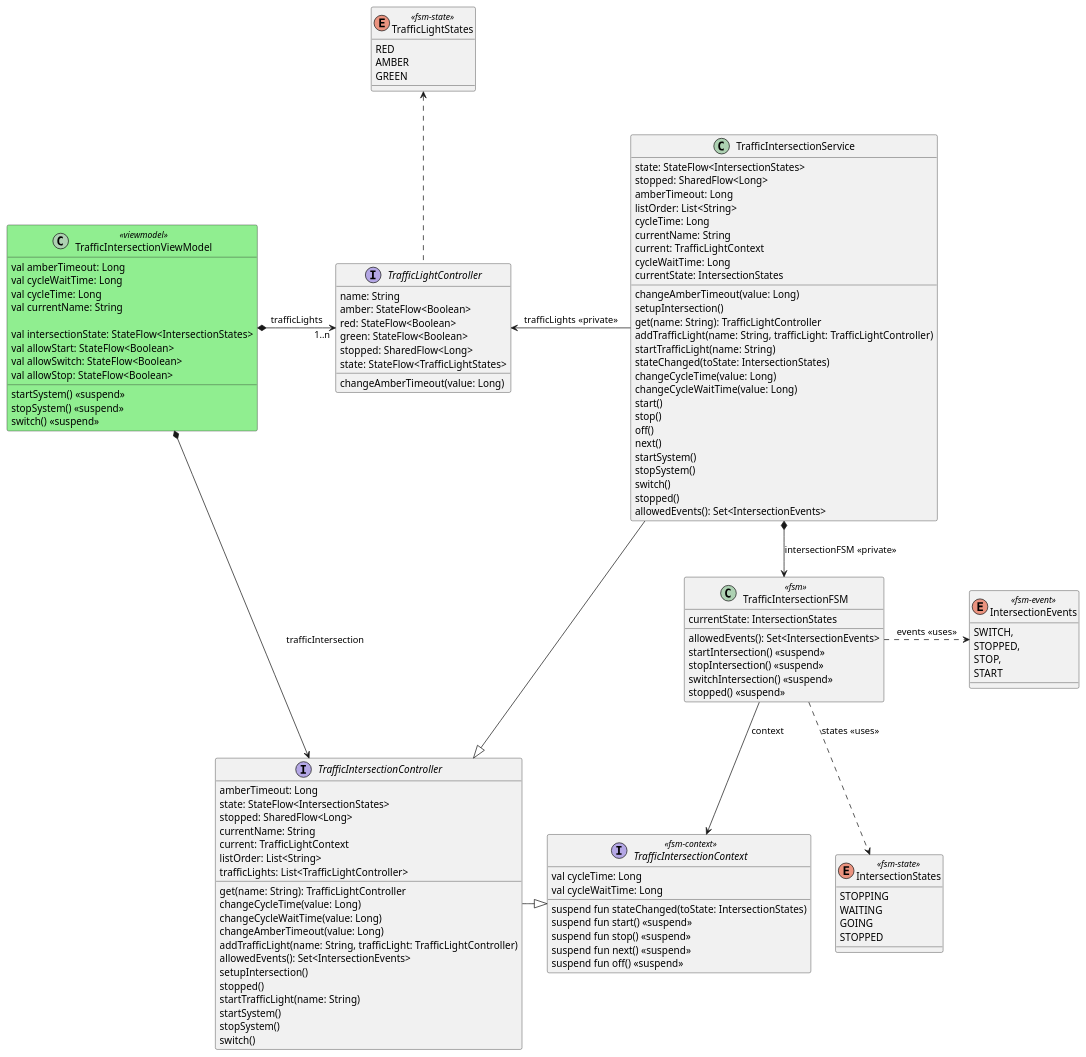
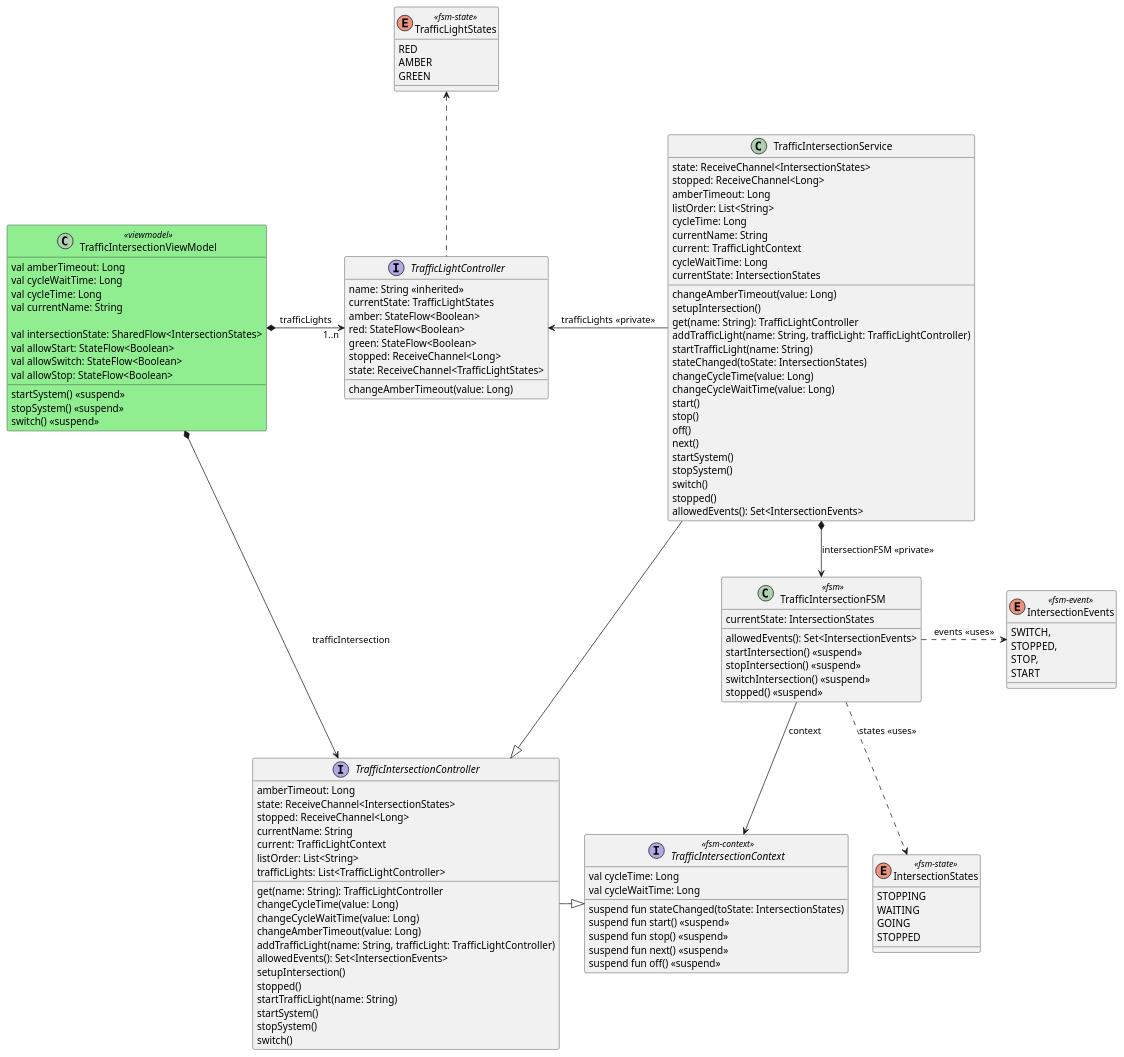
Before and after one commit to open-jumpco/kfsm-mpp-compose-traffic: the diagram in models/traffic-intersection-model.puml, drawn with PlantUML. The commit also changed 4 other files, not shown here.

```diff
--- a/models/traffic-intersection-model.puml
+++ b/models/traffic-intersection-model.puml
@@ -1,134 +1,135 @@
 @startuml
 
 enum TrafficLightStates <<fsm-state>> {
     RED
     AMBER
     GREEN
 }
 
 interface TrafficLightController {
-    name: String
+    name: String <<inherited>>
+    currentState: TrafficLightStates
     amber: StateFlow<Boolean>
     red: StateFlow<Boolean>
     green: StateFlow<Boolean>
-    stopped: SharedFlow<Long>
-    state: StateFlow<TrafficLightStates>
+    stopped: ReceiveChannel<Long>
+    state: ReceiveChannel<TrafficLightStates>
     changeAmberTimeout(value: Long)
 }
 
 TrafficLightController .up.> TrafficLightStates
 
 enum IntersectionStates <<fsm-state>> {
     STOPPING
     WAITING
     GOING
     STOPPED
 }
 
 enum IntersectionEvents <<fsm-event>> {
     SWITCH,
     STOPPED,
     STOP,
     START
 }
 
 interface TrafficIntersectionContext <<fsm-context>> {
     val cycleTime: Long
     val cycleWaitTime: Long
     suspend fun stateChanged(toState: IntersectionStates)
     suspend fun start() <<suspend>>
     suspend fun stop() <<suspend>>
     suspend fun next() <<suspend>>
     suspend fun off() <<suspend>>
 }
 
 class TrafficIntersectionFSM <<fsm>> {
     currentState: IntersectionStates
     allowedEvents(): Set<IntersectionEvents>
     startIntersection() <<suspend>>
     stopIntersection() <<suspend>>
     switchIntersection() <<suspend>>
     stopped() <<suspend>>
 }
 
 TrafficIntersectionFSM --> TrafficIntersectionContext: context
 TrafficIntersectionFSM .right.> IntersectionEvents: events <<uses>>
 TrafficIntersectionFSM ..> IntersectionStates: states <<uses>>
 
 interface TrafficIntersectionController {
     amberTimeout: Long
-    state: StateFlow<IntersectionStates>
-    stopped: SharedFlow<Long>
+    state: ReceiveChannel<IntersectionStates>
+    stopped: ReceiveChannel<Long>
     currentName: String
     current: TrafficLightContext
     listOrder: List<String>
     trafficLights: List<TrafficLightController>
     get(name: String): TrafficLightController
     changeCycleTime(value: Long)
     changeCycleWaitTime(value: Long)
     changeAmberTimeout(value: Long)
     addTrafficLight(name: String, trafficLight: TrafficLightController)
     allowedEvents(): Set<IntersectionEvents>
     setupIntersection()
     stopped()
     startTrafficLight(name: String)
     startSystem()
     stopSystem()
     switch()
 }
 
 TrafficIntersectionController -right-|> TrafficIntersectionContext
 
 class TrafficIntersectionService {
-    state: StateFlow<IntersectionStates>
-    stopped: SharedFlow<Long>
+    state: ReceiveChannel<IntersectionStates>
+    stopped: ReceiveChannel<Long>
     amberTimeout: Long
     changeAmberTimeout(value: Long)
     setupIntersection()
     listOrder: List<String>
     cycleTime: Long
         currentName: String
         current: TrafficLightContext
         cycleWaitTime: Long
         currentState: IntersectionStates
     get(name: String): TrafficLightController
     addTrafficLight(name: String, trafficLight: TrafficLightController)
     startTrafficLight(name: String)
     stateChanged(toState: IntersectionStates)
     changeCycleTime(value: Long)
     changeCycleWaitTime(value: Long)
     start()
     stop()
     off()
     next()
     startSystem()
     stopSystem()
     switch()
     stopped()
     allowedEvents(): Set<IntersectionEvents>
 }
 
 TrafficIntersectionService --|> TrafficIntersectionController
 TrafficIntersectionService *--> TrafficIntersectionFSM: intersectionFSM <<private>>
 TrafficIntersectionService -left-> TrafficLightController: trafficLights <<private>>
 
 class TrafficIntersectionViewModel <<viewmodel>> #lightgreen {
     val amberTimeout: Long
     val cycleWaitTime: Long
     val cycleTime: Long
     val currentName: String
 
-    val intersectionState: StateFlow<IntersectionStates>
+    val intersectionState: SharedFlow<IntersectionStates>
     val allowStart: StateFlow<Boolean>
     val allowSwitch: StateFlow<Boolean>
     val allowStop: StateFlow<Boolean>
 
     startSystem() <<suspend>>
     stopSystem() <<suspend>>
     switch() <<suspend>>
 }
 
 TrafficIntersectionViewModel *-right-> "1..n" TrafficLightController: trafficLights
 TrafficIntersectionViewModel *---> TrafficIntersectionController: trafficIntersection
 
 @enduml
```
